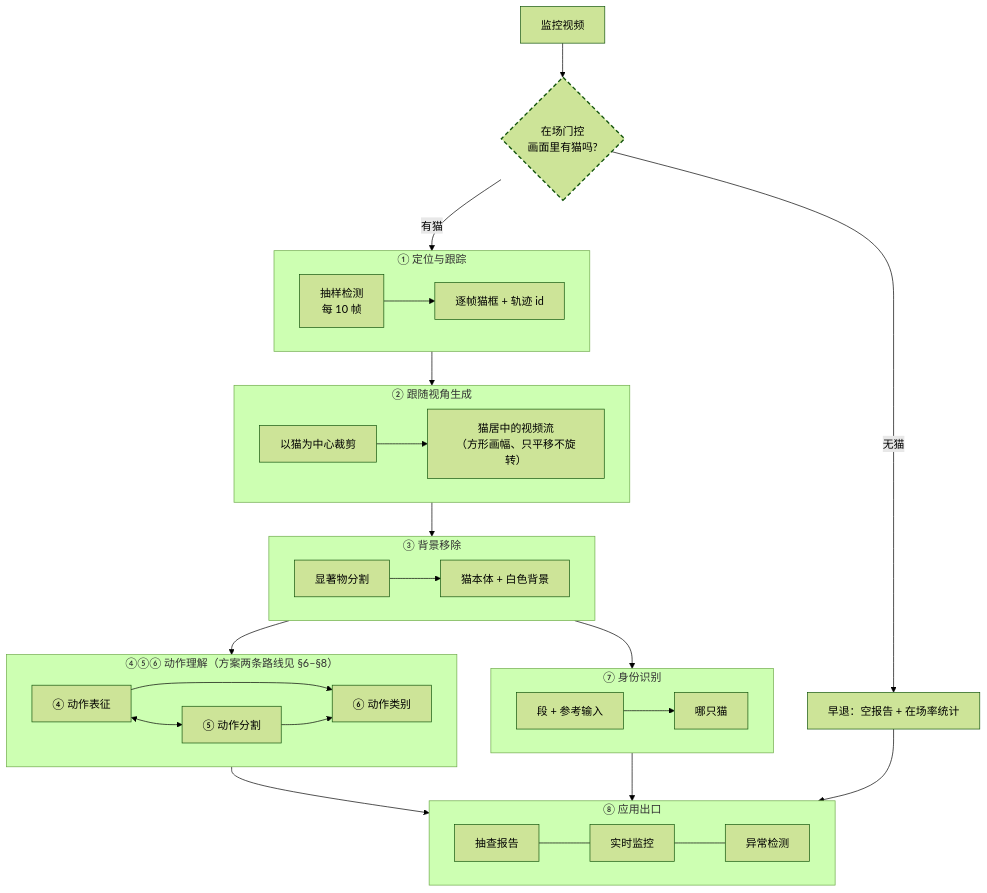
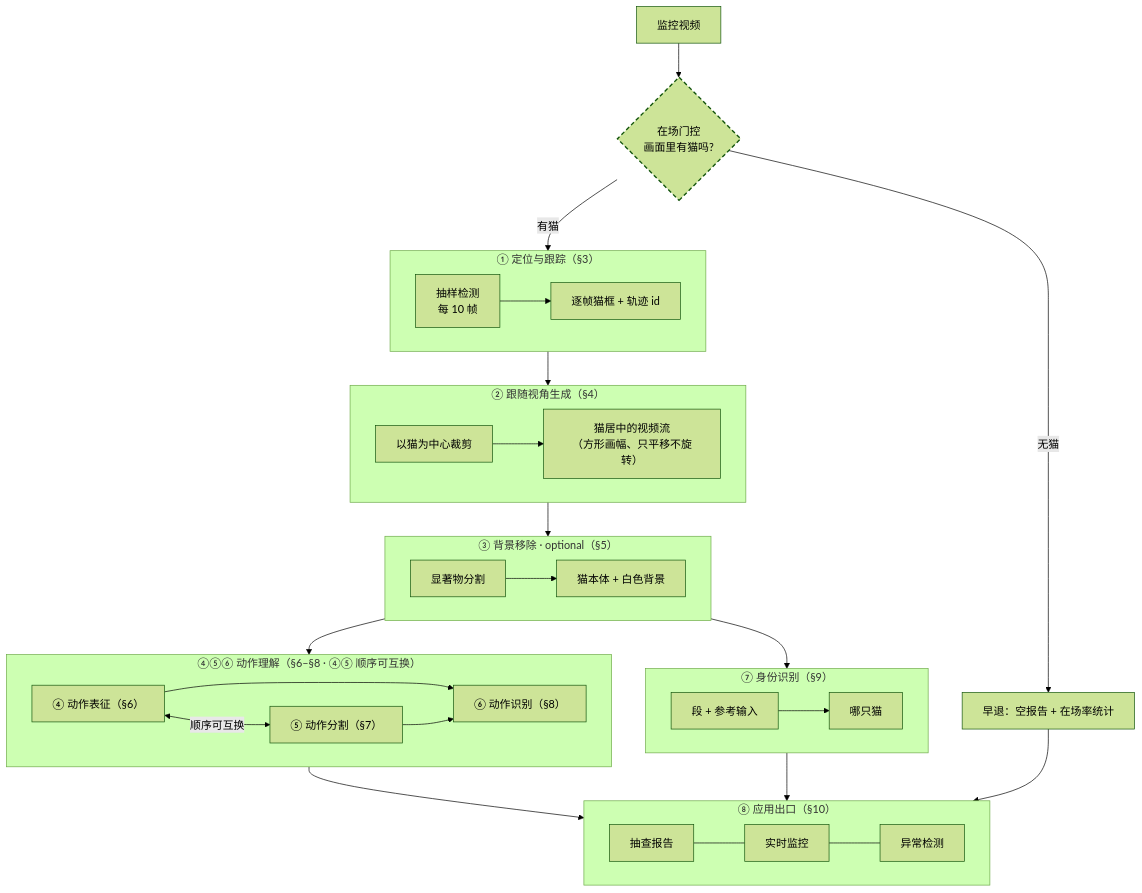
One commit to gongshangzheng/pet-action-recognition changed the first of 4 diagrams in management/docs/architecture.md. Above: the diagram before and after it, drawn with Mermaid (forest theme).

Commit message:
docs(architecture): 总图——每环节标注讲解章节（§3–§10）；大框双向连线恢复「顺序可互换」语义标签（无决策编号）

````diff
--- a/management/docs/architecture.md
+++ b/management/docs/architecture.md
@@ -26,48 +26,48 @@
 ```mermaid
 flowchart TD
     V[监控视频] --> GATE{"在场门控<br/>画面里有猫吗?"}
     GATE -->|"无猫"| EMPTY["早退：空报告 + 在场率统计"]
     GATE -->|"有猫"| S1
 
-    subgraph S1["① 定位与跟踪"]
+    subgraph S1["① 定位与跟踪（§3）"]
         direction LR
         A1["抽样检测<br/>每 10 帧"] --> A2["逐帧猫框 + 轨迹 id"]
     end
 
-    subgraph S2["② 跟随视角生成"]
+    subgraph S2["② 跟随视角生成（§4）"]
         direction LR
         B1["以猫为中心裁剪"] --> B2["猫居中的视频流<br/>（方形画幅、只平移不旋转）"]
     end
 
-    subgraph S3["③ 背景移除"]
+    subgraph S3["③ 背景移除 · optional（§5）"]
         direction LR
         C1["显著物分割"] --> C2["猫本体 + 白色背景"]
     end
 
-    subgraph S46["④⑤⑥ 动作理解（方案两条路线见 §6–§8）"]
+    subgraph S46["④⑤⑥ 动作理解（§6–§8 · ④⑤ 顺序可互换）"]
         direction LR
-        D1["④ 动作表征"] <--> D2["⑤ 动作分割"]
-        D1 --> D3["⑥ 动作类别"]
+        D1["④ 动作表征（§6）"] <-->|"顺序可互换"| D2["⑤ 动作分割（§7）"]
+        D1 --> D3["⑥ 动作识别（§8）"]
         D2 --> D3
     end
 
-    subgraph S7["⑦ 身份识别"]
+    subgraph S7["⑦ 身份识别（§9）"]
         direction LR
         E1["段 + 参考输入"] --> E2["哪只猫"]
     end
 
-    subgraph S8["⑧ 应用出口"]
+    subgraph S8["⑧ 应用出口（§10）"]
         direction LR
         F1["抽查报告"] --- F2["实时监控"] --- F3["异常检测"]
     end
 
     S1 --> S2
     S2 --> S3
     S3 --> S46
     S46 --> S8
     S3 --> S7
     S7 --> S8
     EMPTY --> S8
 
     style GATE stroke-dasharray: 6 4,stroke-width:2px
 ```
````
